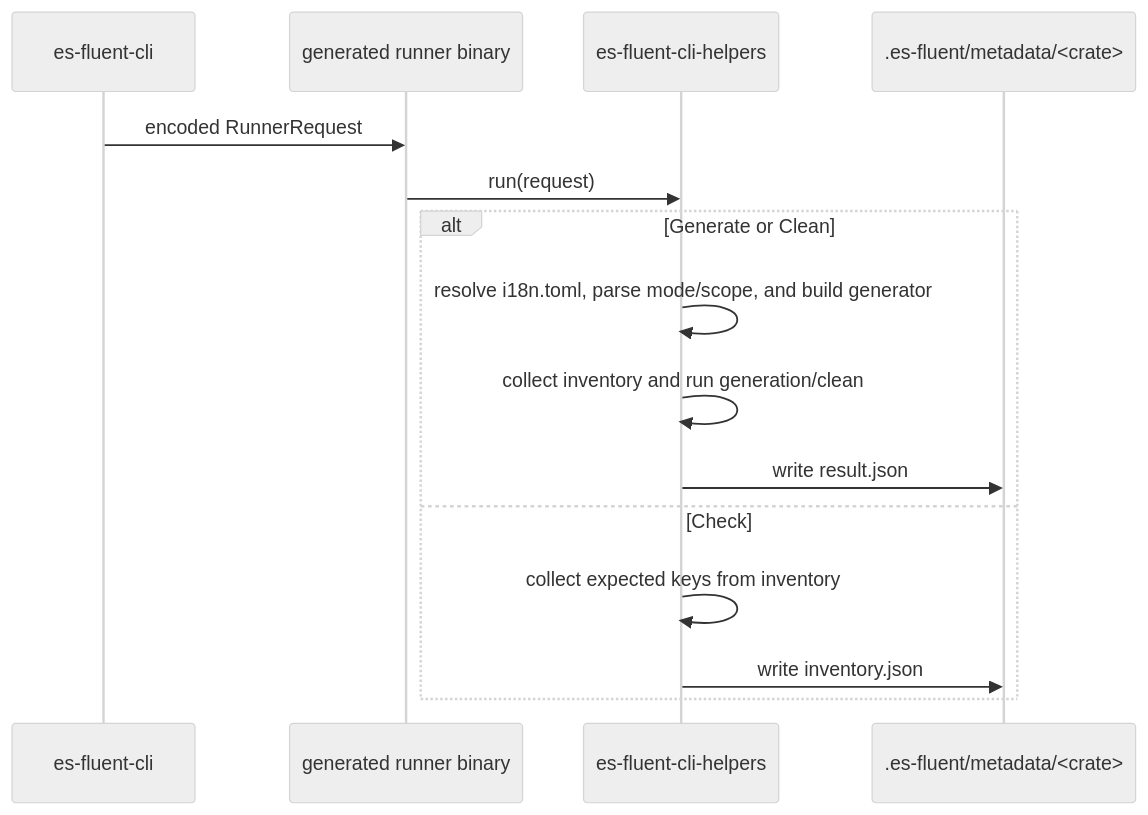
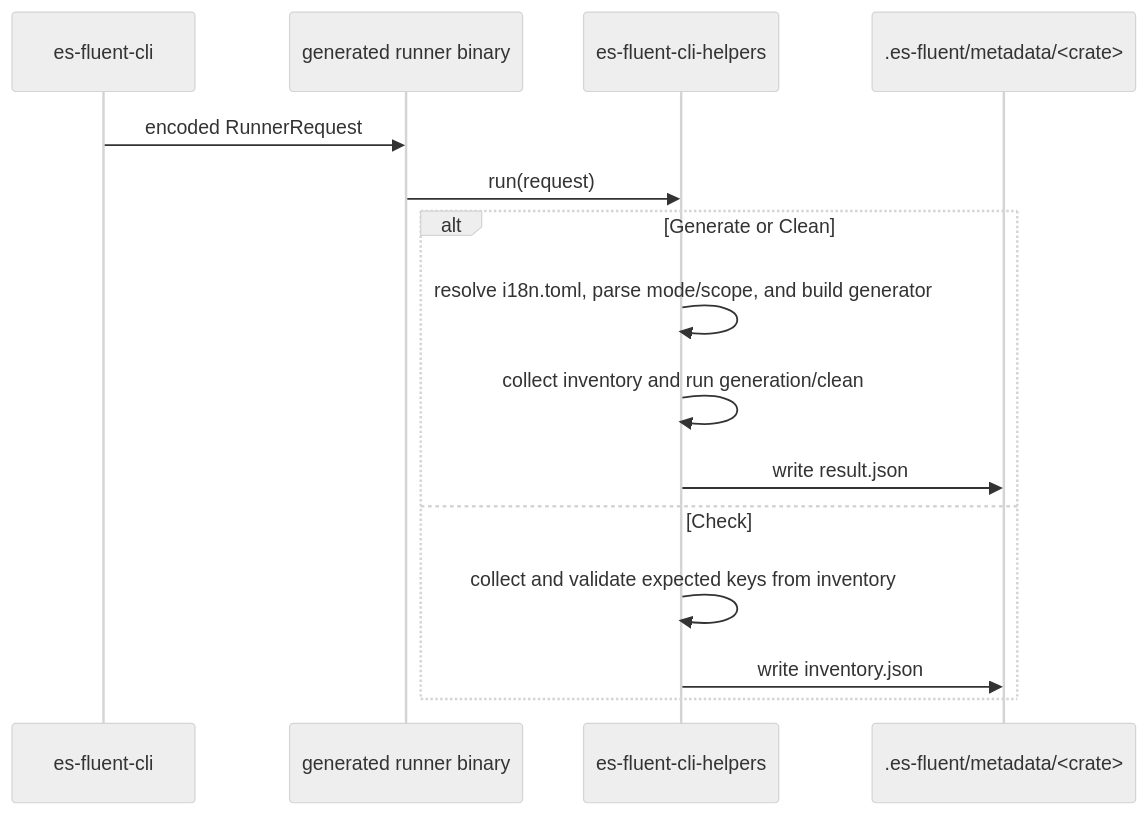
One commit to stayhydated/es-fluent changed the second of 2 diagrams in crates/es-fluent-cli-helpers/docs/ARCHITECTURE.md. Above: the diagram before and after it, drawn with Mermaid (neutral theme). The commit also changed other lines of this file and 132 other files, not shown here.

````diff
--- a/crates/es-fluent-cli-helpers/docs/ARCHITECTURE.md
+++ b/crates/es-fluent-cli-helpers/docs/ARCHITECTURE.md
@@ -61,19 +64,19 @@
 ```mermaid
 sequenceDiagram
     participant CLI as es-fluent-cli
     participant Runner as generated runner binary
     participant Helpers as es-fluent-cli-helpers
     participant Meta as .es-fluent/metadata/<crate>
 
     CLI->>Runner: encoded RunnerRequest
     Runner->>Helpers: run(request)
 
     alt Generate or Clean
         Helpers->>Helpers: resolve i18n.toml, parse mode/scope, and build generator
         Helpers->>Helpers: collect inventory and run generation/clean
         Helpers->>Meta: write result.json
     else Check
-        Helpers->>Helpers: collect expected keys from inventory
+        Helpers->>Helpers: collect and validate expected keys from inventory
         Helpers->>Meta: write inventory.json
     end
 ```
````
